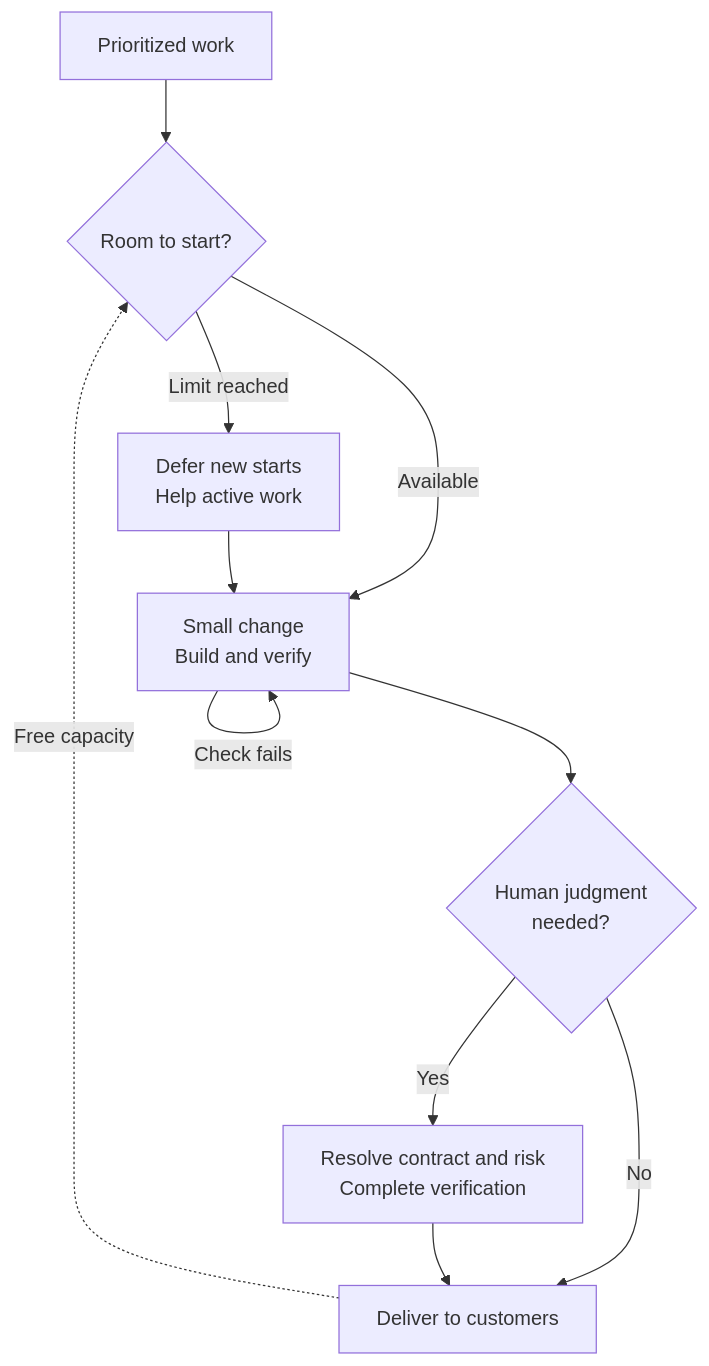
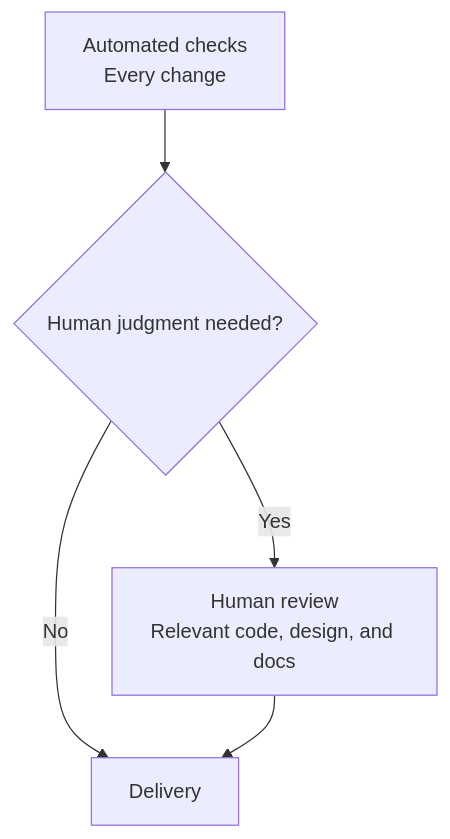
The second of 2 diagrams in _en/2026-08-18-ai-coding-review-cognitive-load.md (haandol/haandol.github.com), drawn with Mermaid before and after one commit. The commit also changed other lines of this file and 3 other files, not shown here.

````diff
--- a/_en/2026-08-18-ai-coding-review-cognitive-load.md
+++ b/_en/2026-08-18-ai-coding-review-cognitive-load.md
@@ -460,13 +109,7 @@
 ```mermaid
 flowchart TD
-    B["Prioritized work"] --> S{"Room to start?"}
-    S -->|Available| I["Small change<br/>Build and verify"]
-    I -->|Check fails| I
-    I --> H{"Human judgment<br/>needed?"}
-    H -->|Yes| R["Resolve contract and risk<br/>Complete verification"]
-    H -->|No| D
-    R --> D["Deliver to customers"]
-    D -. "Free capacity" .-> S
-    S -->|Limit reached| F["Defer new starts<br/>Help active work"]
-    F --> I
+    A["Automated checks<br/>Every change"] --> Q{"Human judgment needed?"}
+    Q -->|Yes| H["Human review<br/>Relevant code, design, and docs"]
+    Q -->|No| D["Delivery"]
+    H --> D
 ```
````
